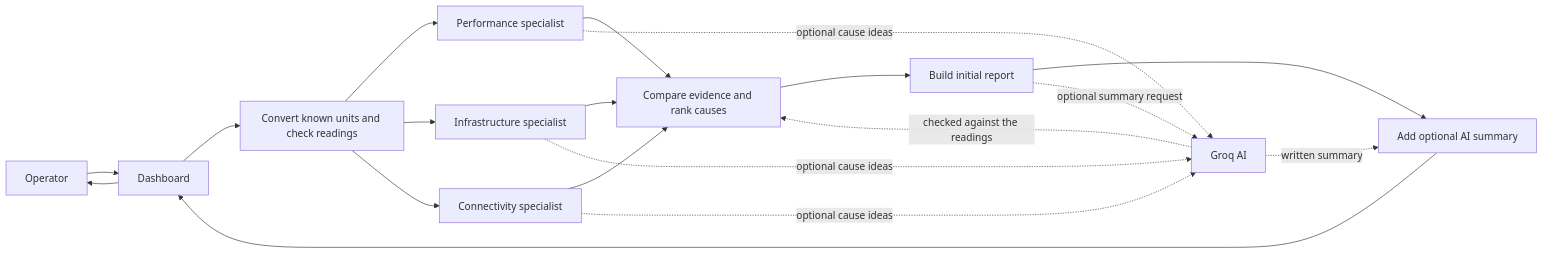
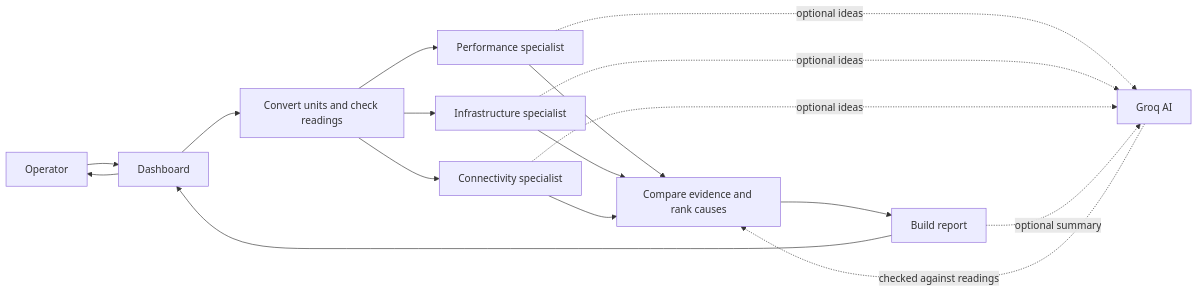
Before and after one commit to shivansh19200/NetCoopAI: the first of 2 diagrams in README.md, drawn with Mermaid. The commit also changed other lines of this file and 2 other files, not shown here.

````diff
--- a/README.md
+++ b/README.md
@@ -32,21 +32,19 @@
 ```mermaid
 flowchart LR
     Person[Operator] --> UI[Dashboard]
-    UI --> Input[Convert known units and check readings]
+    UI --> Input[Convert units and check readings]
     Input --> Perf[Performance specialist]
     Input --> Infra[Infrastructure specialist]
     Input --> Connect[Connectivity specialist]
     Perf --> Correlator[Compare evidence and rank causes]
     Infra --> Correlator
     Connect --> Correlator
-    Correlator --> Report[Build initial report]
-    Report --> FinalReport[Add optional AI summary]
-    FinalReport --> UI
+    Correlator --> Report[Build report]
+    Report --> UI
     UI --> Person
-    Perf -. optional cause ideas .-> AI[Groq AI]
-    Infra -. optional cause ideas .-> AI
-    Connect -. optional cause ideas .-> AI
-    AI -. checked against the readings .-> Correlator
-    Report -. optional summary request .-> AI
-    AI -. written summary .-> FinalReport
+    Perf -. optional ideas .-> AI[Groq AI]
+    Infra -. optional ideas .-> AI
+    Connect -. optional ideas .-> AI
+    AI -. checked against readings .-> Correlator
+    Report -. optional summary .-> AI
 ```
````
